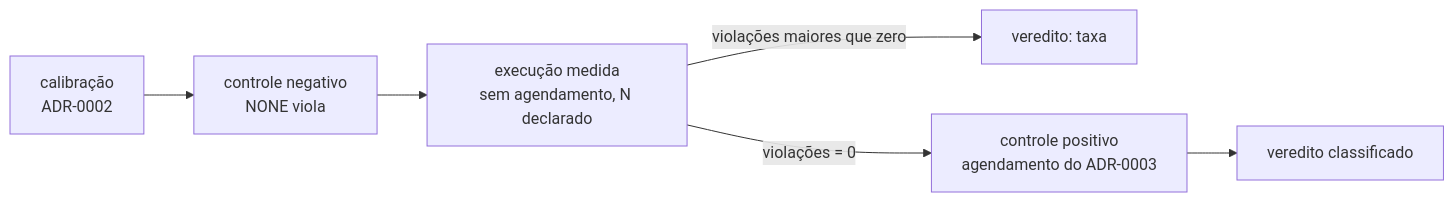
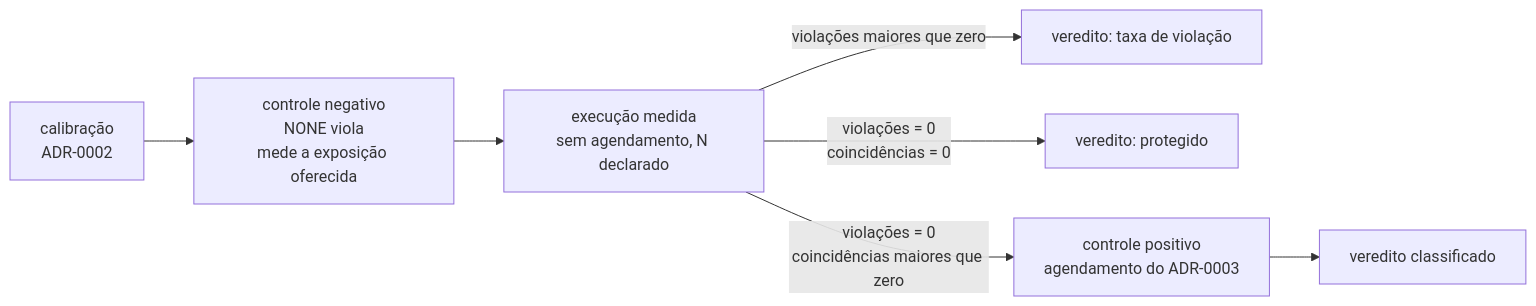
The fourth of 4 diagrams in docs/adr/0004-o-estatuto-da-barreira-e-o-diagnostico-da-nao-ocorrencia.md (da0hn/distributed-systems-experiment-lab), drawn with Mermaid before and after one commit. The commit also changed other lines of this file and 2 other files, not shown here.

First line of the commit message:
docs(adr): atualizar ADR-0004 com decisões e ajustes no MVP

````diff
--- a/docs/adr/0004-o-estatuto-da-barreira-e-o-diagnostico-da-nao-ocorrencia.md
+++ b/docs/adr/0004-o-estatuto-da-barreira-e-o-diagnostico-da-nao-ocorrencia.md
@@ -201,8 +262,9 @@
 ```mermaid
 flowchart LR
-    CAL["calibração<br/>ADR-0002"] --> CN["controle negativo<br/>NONE viola"]
+    CAL["calibração<br/>ADR-0002"] --> CN["controle negativo<br/>NONE viola<br/>mede a exposição oferecida"]
     CN --> EM["execução medida<br/>sem agendamento, N declarado"]
-    EM -->|" violações maiores que zero "| TAXA["veredito: taxa"]
-    EM -->|" violações = 0 "| CP["controle positivo<br/>agendamento do ADR-0003"]
+    EM -->|" violações maiores que zero "| TAXA["veredito: taxa de violação"]
+    EM -->|" violações = 0<br/>coincidências = 0 "| PR["veredito: protegido"]
+    EM -->|" violações = 0<br/>coincidências maiores que zero "| CP["controle positivo<br/>agendamento do ADR-0003"]
     CP --> CLASS["veredito classificado"]
 ```
````
